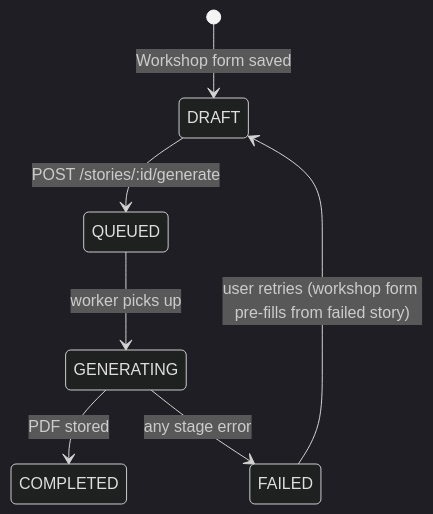
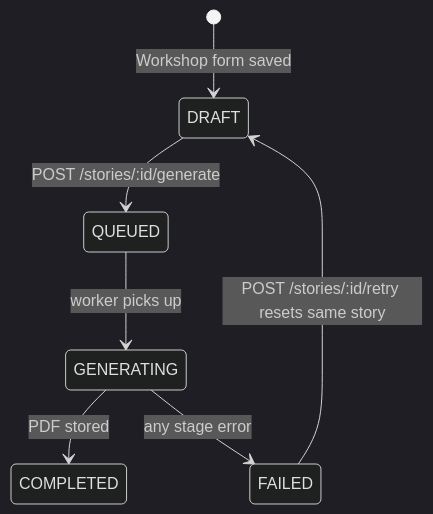
The second of 2 diagrams in _docs/architecture/data-model.md (Shagon1k/TailorTales), drawn with Mermaid (dark theme) before and after one commit. The commit also changed other lines of this file and 247 other files, not shown here.

````diff
--- a/_docs/architecture/data-model.md
+++ b/_docs/architecture/data-model.md
@@ -219,9 +223,9 @@
 ```mermaid
 stateDiagram-v2
     [*] --> DRAFT : Workshop form saved
     DRAFT --> QUEUED : POST /stories/:id/generate
     QUEUED --> GENERATING : worker picks up
     GENERATING --> COMPLETED : PDF stored
     GENERATING --> FAILED : any stage error
-    FAILED --> DRAFT : user retries (workshop form pre-fills from failed story)
+    FAILED --> DRAFT : POST /stories/:id/retry resets same story
 ```
````
